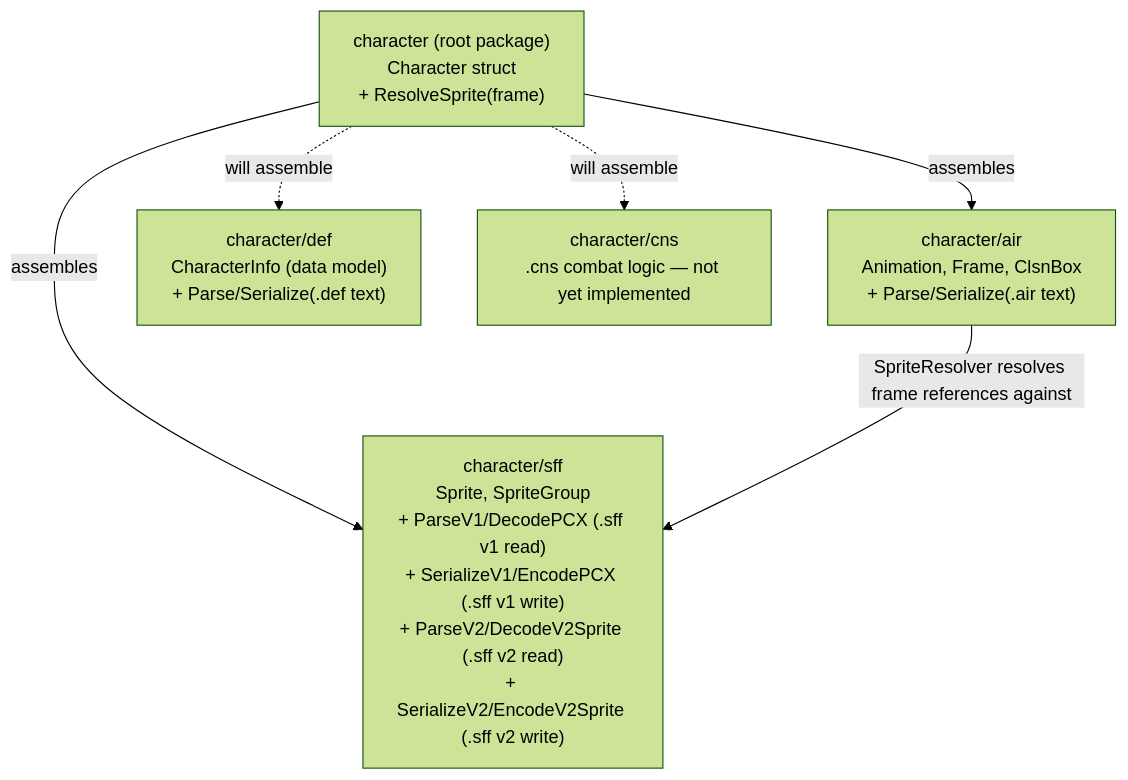
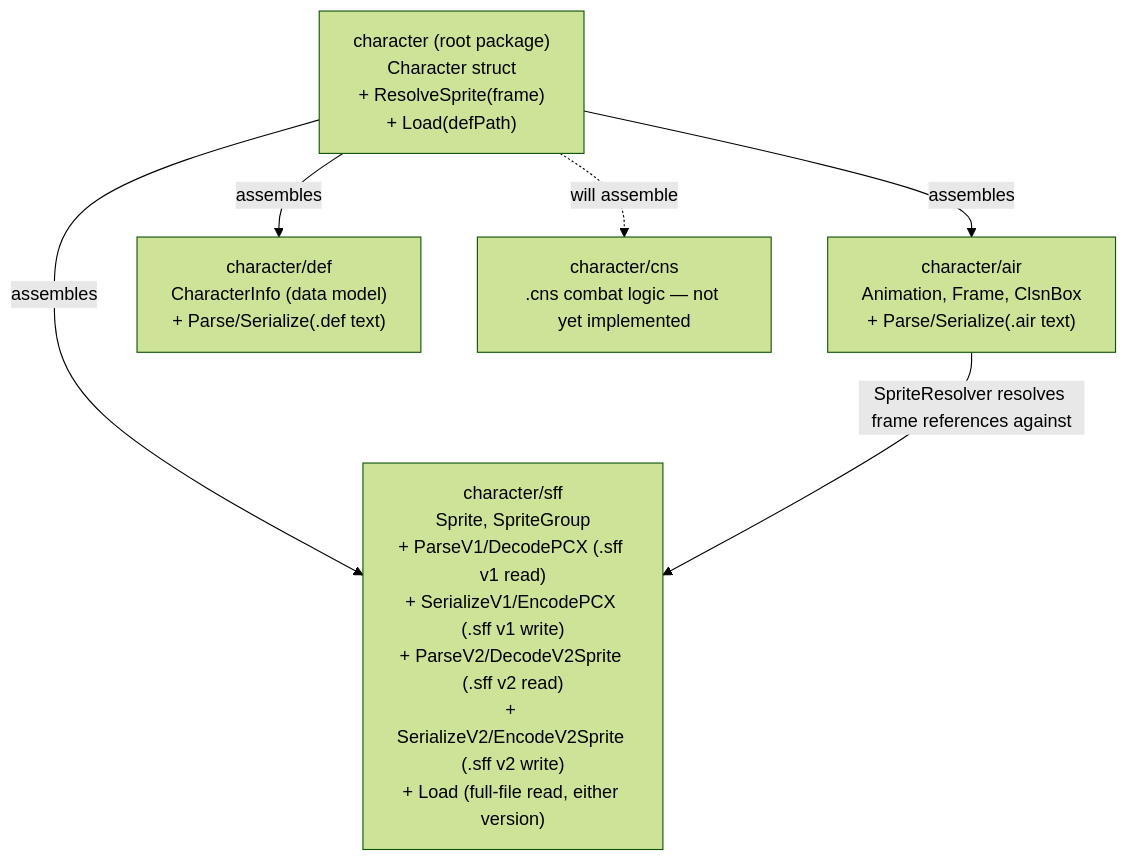
Before and after one commit to openkakutou/character: the diagram in docs/architecture.md, drawn with Mermaid (forest theme). The commit also changed other lines of this file and 14 other files, not shown here.

Commit message:
feat: a full character can now be loaded from a single .def file: its name, animations, and sprites (either .sff version) are all read and assembled automatically from the files it references, ready to use; a missing or unreadable referenced file reports a clear error instead of crashing

````diff
--- a/docs/architecture.md
+++ b/docs/architecture.md
@@ -11,14 +11,14 @@
 ```mermaid
 graph TD
-    root["character (root package)<br/>Character struct<br/>+ ResolveSprite(frame)"]
+    root["character (root package)<br/>Character struct<br/>+ ResolveSprite(frame)<br/>+ Load(defPath)"]
     air["character/air<br/>Animation, Frame, ClsnBox<br/>+ Parse/Serialize(.air text)"]
     def["character/def<br/>CharacterInfo (data model)<br/>+ Parse/Serialize(.def text)"]
-    sff["character/sff<br/>Sprite, SpriteGroup<br/>+ ParseV1/DecodePCX (.sff v1 read)<br/>+ SerializeV1/EncodePCX (.sff v1 write)<br/>+ ParseV2/DecodeV2Sprite (.sff v2 read)<br/>+ SerializeV2/EncodeV2Sprite (.sff v2 write)"]
+    sff["character/sff<br/>Sprite, SpriteGroup<br/>+ ParseV1/DecodePCX (.sff v1 read)<br/>+ SerializeV1/EncodePCX (.sff v1 write)<br/>+ ParseV2/DecodeV2Sprite (.sff v2 read)<br/>+ SerializeV2/EncodeV2Sprite (.sff v2 write)<br/>+ Load (full-file read, either version)"]
     cns["character/cns<br/>.cns combat logic — not yet implemented"]
 
     root -->|assembles| air
-    root -.->|will assemble| def
+    root -->|assembles| def
     root -->|assembles| sff
     root -.->|will assemble| cns
     air -->|SpriteResolver resolves frame references against| sff
 ```
````
